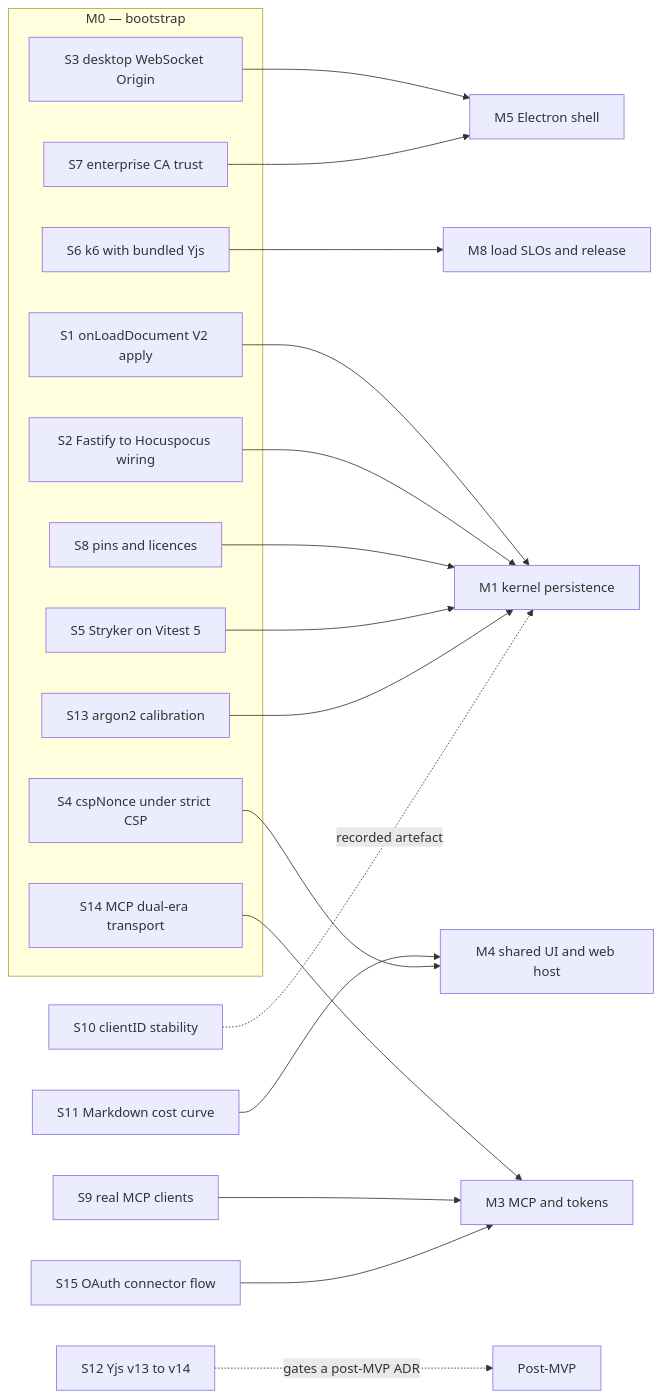
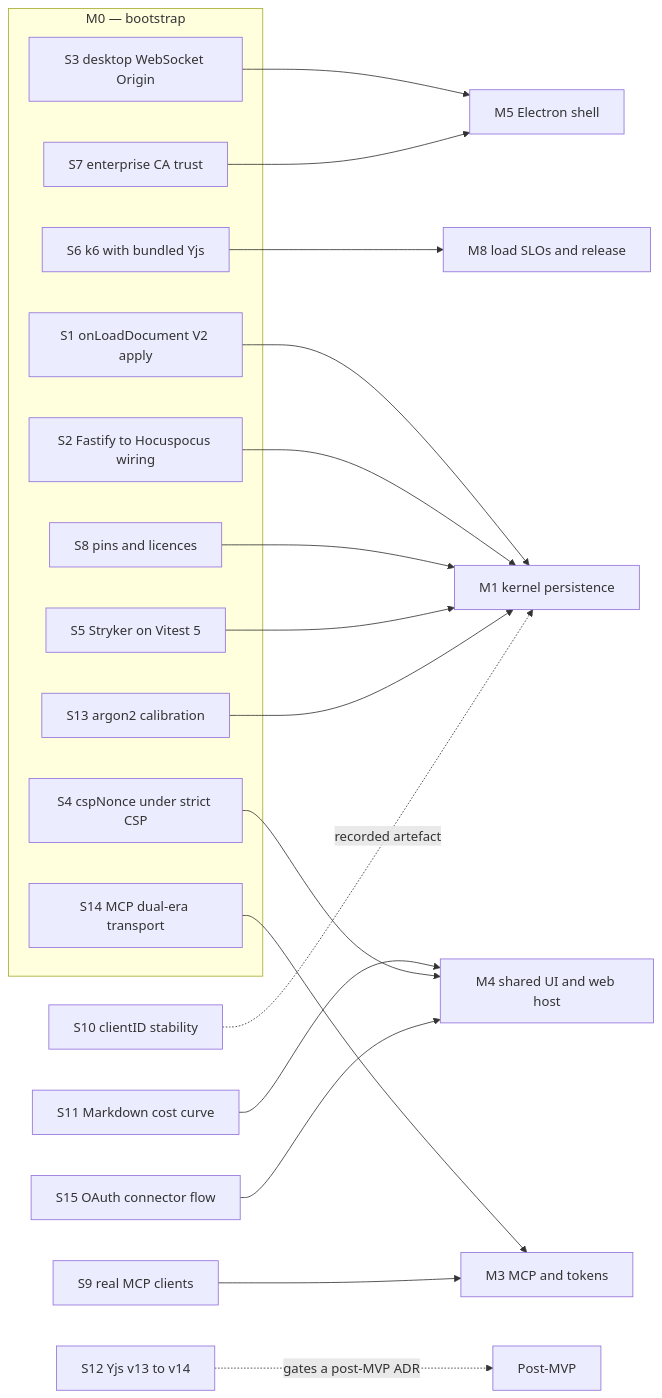
The second of 2 diagrams in docs/plan/14-risks-and-open-questions.md (Mythikos/iridium), drawn with Mermaid before and after one commit. The commit also changed other lines of this file and 135 other files, not shown here.

````diff
--- a/docs/plan/14-risks-and-open-questions.md
+++ b/docs/plan/14-risks-and-open-questions.md
@@ -585,30 +604,30 @@
 ```mermaid
 flowchart LR
     subgraph M0["M0 — bootstrap"]
         S1["S1 onLoadDocument V2 apply"]
         S2["S2 Fastify to Hocuspocus wiring"]
         S3["S3 desktop WebSocket Origin"]
         S4["S4 cspNonce under strict CSP"]
         S5["S5 Stryker on Vitest 5"]
         S6["S6 k6 with bundled Yjs"]
         S7["S7 enterprise CA trust"]
         S8["S8 pins and licences"]
         S13["S13 argon2 calibration"]
         S14["S14 MCP dual-era transport"]
     end
     S1 --> M1["M1 kernel persistence"]
     S2 --> M1
     S8 --> M1
     S5 --> M1
     S13 --> M1
     S14 --> M3["M3 MCP and tokens"]
     S9["S9 real MCP clients"] --> M3
-    S15["S15 OAuth connector flow"] --> M3
     S11["S11 Markdown cost curve"] --> M4["M4 shared UI and web host"]
     S4 --> M4
+    S15["S15 OAuth connector flow"] --> M4
     S3 --> M5["M5 Electron shell"]
     S7 --> M5
     S6 --> M8["M8 load SLOs and release"]
     S10["S10 clientID stability"] -.recorded artefact.-> M1
     S12["S12 Yjs v13 to v14"] -.gates a post-MVP ADR.-> PMVP["Post-MVP"]
 ```
````
